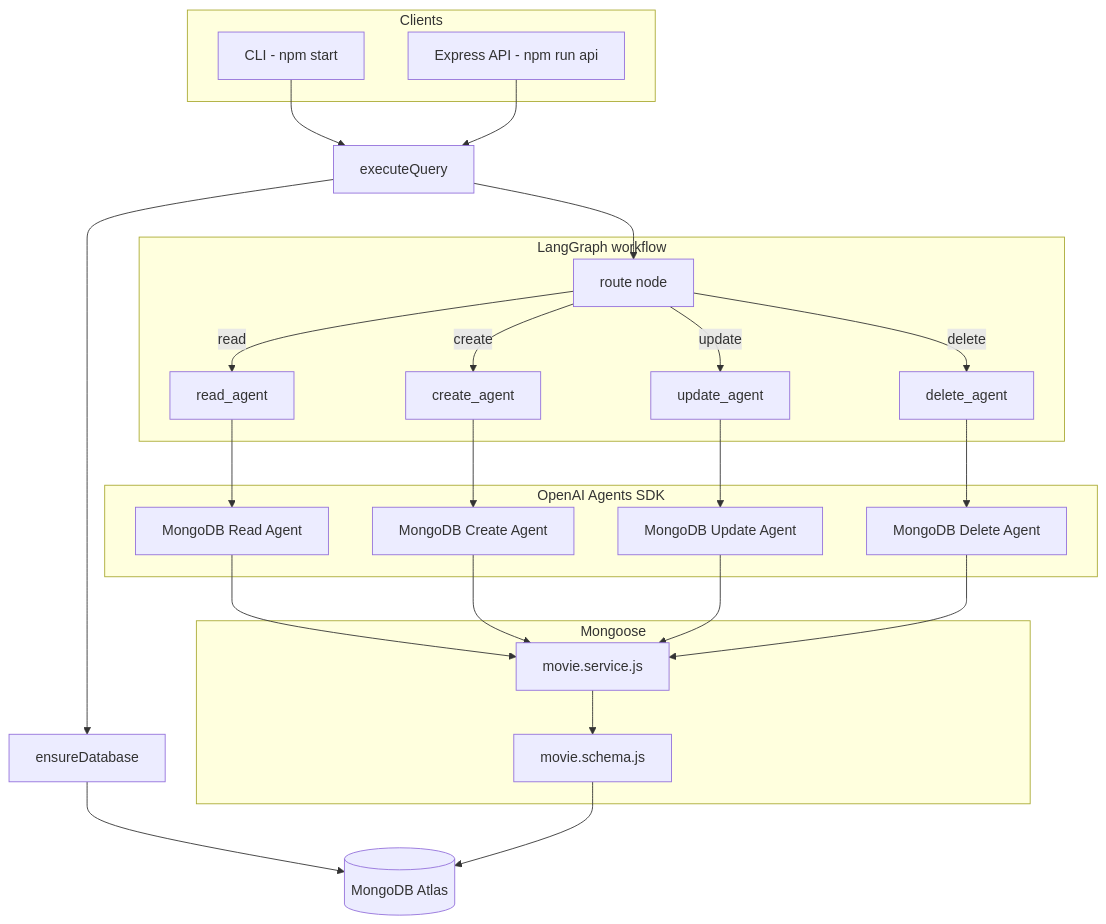
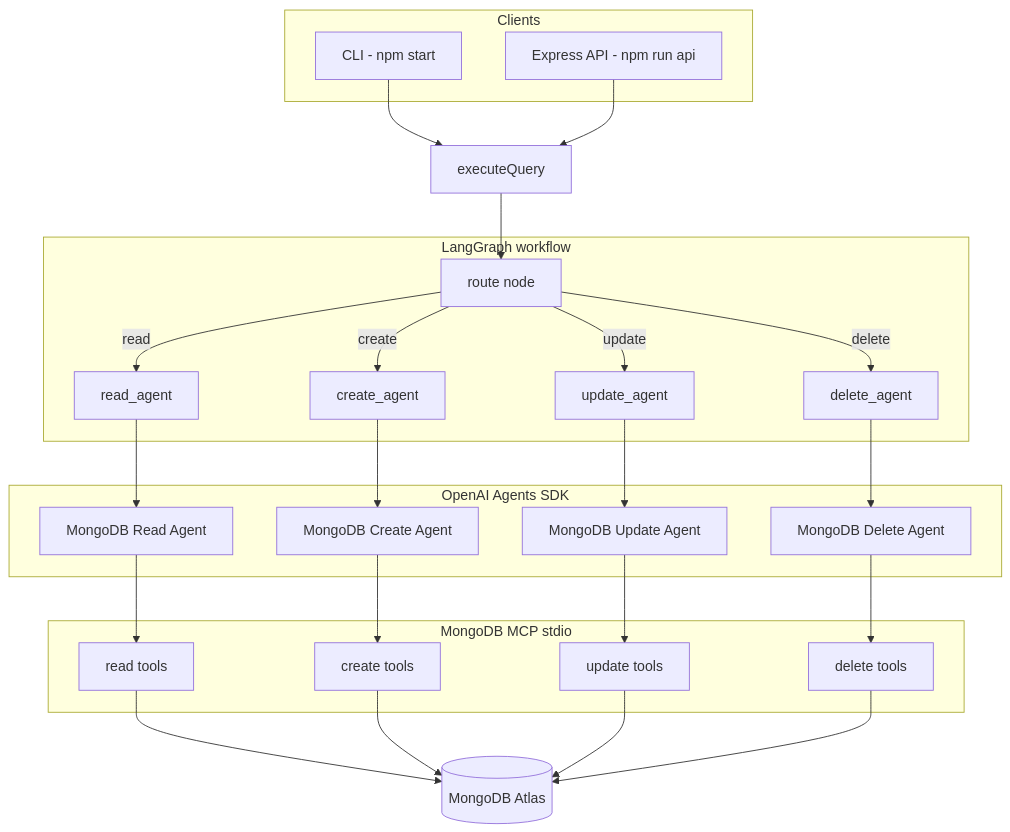
The first of 2 diagrams in README.md (tansenkhan1990/MCP_TYEPSCRIPT_MONGODB_LANGGRAPH_OPENAI_AGENT), drawn with Mermaid before and after one commit. The commit also changed other lines of this file and 14 other files, not shown here.

````diff
--- a/README.md
+++ b/README.md
@@ -62,46 +64,48 @@
 ```mermaid
 flowchart TB
   subgraph clients [Clients]
     CLI[CLI - npm start]
     API[Express API - npm run api]
   end
 
   subgraph workflow [LangGraph workflow]
     Route[route node]
     ReadN[read_agent]
     CreateN[create_agent]
     UpdateN[update_agent]
     DeleteN[delete_agent]
     Route -->|read| ReadN
     Route -->|create| CreateN
     Route -->|update| UpdateN
     Route -->|delete| DeleteN
   end
 
   subgraph agents [OpenAI Agents SDK]
     RA[MongoDB Read Agent]
     CA[MongoDB Create Agent]
     UA[MongoDB Update Agent]
     DA[MongoDB Delete Agent]
   end
 
-  subgraph data [Mongoose]
-    Schema[movie.schema.js]
-    SVC[movie.service.js]
+  subgraph mcp [MongoDB MCP stdio]
+    MCPRead[read tools]
+    MCPCreate[create tools]
+    MCPUpdate[update tools]
+    MCPDelete[delete tools]
   end
 
   Atlas[(MongoDB Atlas)]
 
   CLI --> executeQuery
   API --> executeQuery
-  executeQuery --> Init[ensureDatabase]
-  Init --> Atlas
   executeQuery --> Route
   ReadN --> RA
   CreateN --> CA
   UpdateN --> UA
   DeleteN --> DA
-  RA & CA & UA & DA --> SVC
-  SVC --> Schema
-  Schema --> Atlas
+  RA --> MCPRead
+  CA --> MCPCreate
+  UA --> MCPUpdate
+  DA --> MCPDelete
+  MCPRead & MCPCreate & MCPUpdate & MCPDelete --> Atlas
 ```
````
